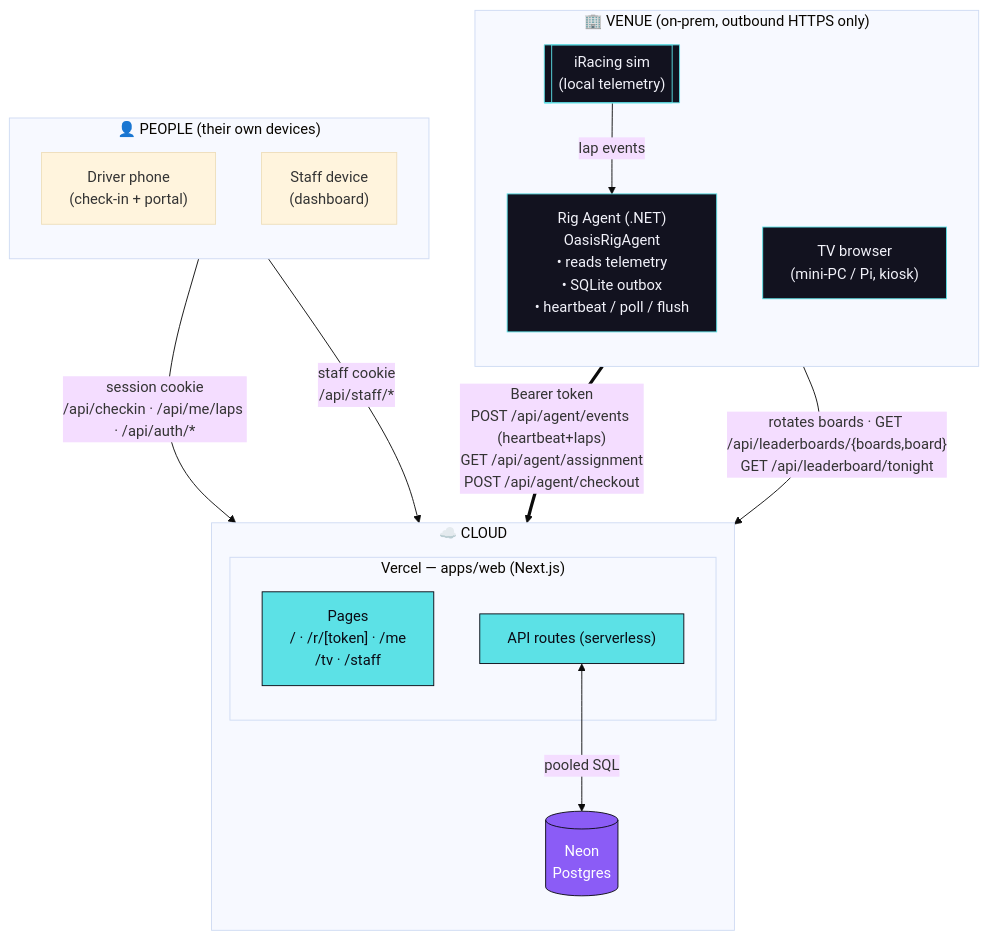
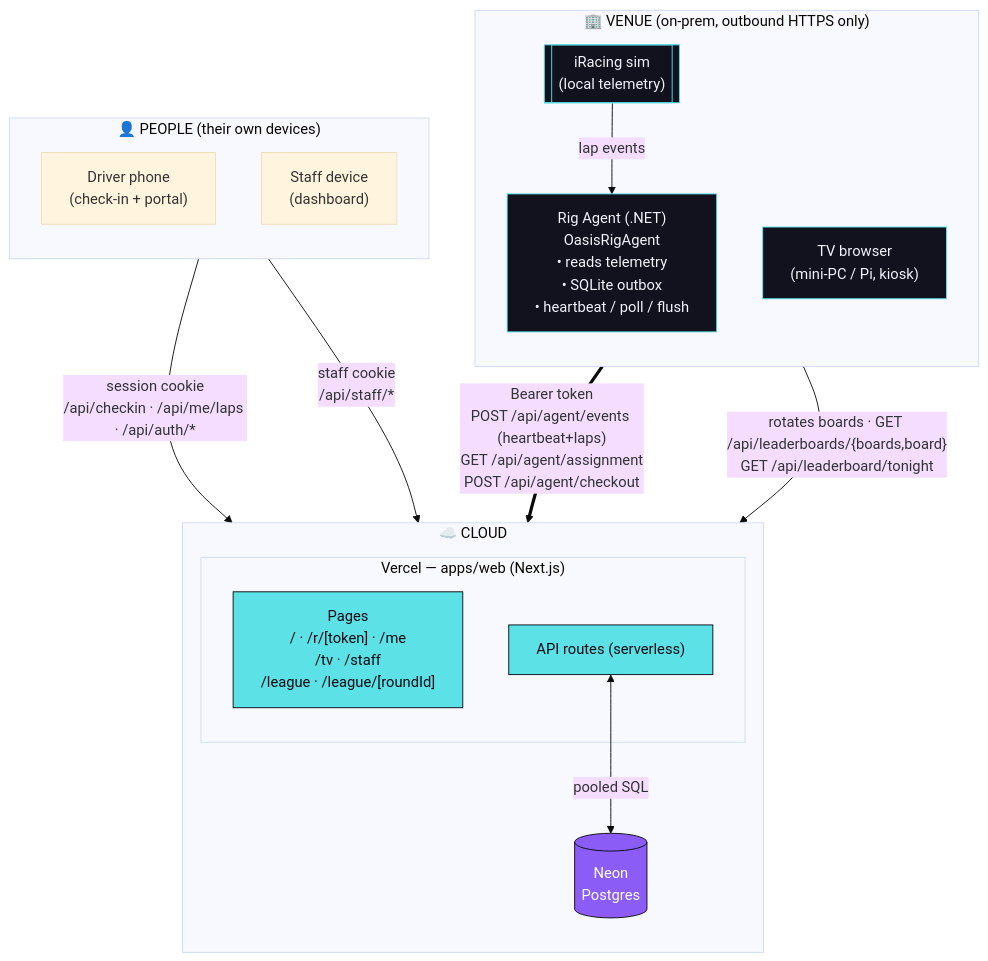
One commit to codyjohnsontx/oasisRaceControl changed the diagram in docs/architecture.md. Above: the diagram before and after it, drawn with Mermaid (base theme). The commit also changed other lines of this file and 5 other files, not shown here.

````diff
--- a/docs/architecture.md
+++ b/docs/architecture.md
@@ -9,38 +9,38 @@
 ```mermaid
 flowchart TB
     subgraph venue["🏢 VENUE (on-prem, outbound HTTPS only)"]
         direction TB
         iracing[["iRacing sim<br/>(local telemetry)"]]
         agent["Rig Agent (.NET)<br/>OasisRigAgent<br/>• reads telemetry<br/>• SQLite outbox<br/>• heartbeat / poll / flush"]
         tv["TV browser<br/>(mini-PC / Pi, kiosk)"]
         iracing -->|"lap events"| agent
     end
 
     subgraph people["👤 PEOPLE (their own devices)"]
         direction TB
         driver["Driver phone<br/>(check-in + portal)"]
         staff["Staff device<br/>(dashboard)"]
     end
 
     subgraph cloud["☁️ CLOUD"]
         direction TB
         subgraph vercel["Vercel — apps/web (Next.js)"]
-            pages["Pages<br/>/ · /r/[token] · /me<br/>/tv · /staff"]
+            pages["Pages<br/>/ · /r/[token] · /me<br/>/tv · /staff<br/>/league · /league/[roundId]"]
             api["API routes (serverless)"]
         end
         neon[("Neon<br/>Postgres")]
         api <-->|"pooled SQL"| neon
     end
 
     agent ==>|"Bearer token<br/>POST /api/agent/events (heartbeat+laps)<br/>GET /api/agent/assignment<br/>POST /api/agent/checkout"| api
     tv -->|"rotates boards · GET /api/leaderboards/{boards,board}<br/>GET /api/leaderboard/tonight"| api
     driver -->|"session cookie<br/>/api/checkin · /api/me/laps · /api/auth/*"| api
     staff -->|"staff cookie<br/>/api/staff/*"| api
 
     classDef cloudcls fill:#5ce1e6,stroke:#0a0a14,color:#0a0a14;
     classDef db fill:#8b5cf6,stroke:#0a0a14,color:#fff;
     classDef venuecls fill:#12121f,stroke:#5ce1e6,color:#f2f2fa;
     class api,pages cloudcls;
     class neon db;
     class agent,tv,iracing venuecls;
 ```
````
